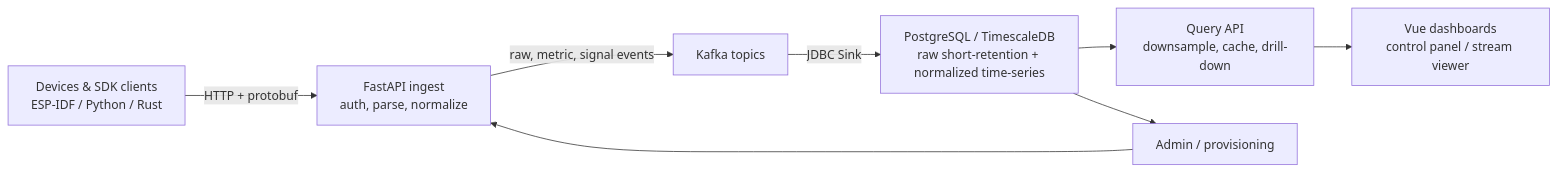
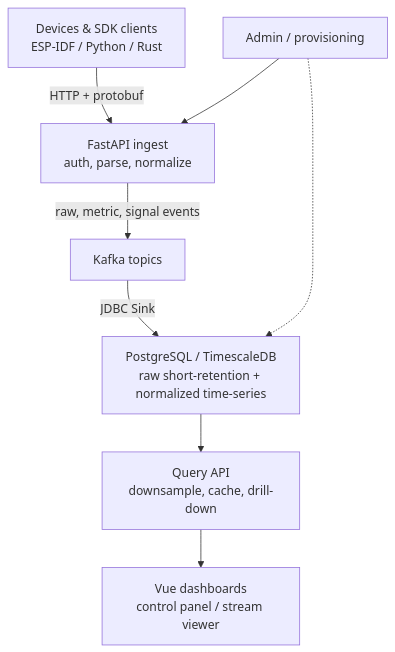
Before and after one commit to donghoonpark/aetus: the first of 2 diagrams in README.md, drawn with Mermaid.

Commit message:
Pivot README architecture diagram vertically

````diff
--- a/README.md
+++ b/README.md
@@ -58,11 +58,11 @@
 ```mermaid
-flowchart LR
+flowchart TB
     Device["Devices & SDK clients<br/>ESP-IDF / Python / Rust"] -->|"HTTP + protobuf"| Ingest["FastAPI ingest<br/>auth, parse, normalize"]
     Ingest -->|"raw, metric, signal events"| Kafka["Kafka topics"]
     Kafka -->|"JDBC Sink"| Storage["PostgreSQL / TimescaleDB<br/>raw short-retention + normalized time-series"]
     Storage --> Query["Query API<br/>downsample, cache, drill-down"]
     Query --> UI["Vue dashboards<br/>control panel / stream viewer"]
 
     Admin["Admin / provisioning"] --> Ingest
-    Storage --> Admin
+    Admin -.-> Storage
 ```
````
